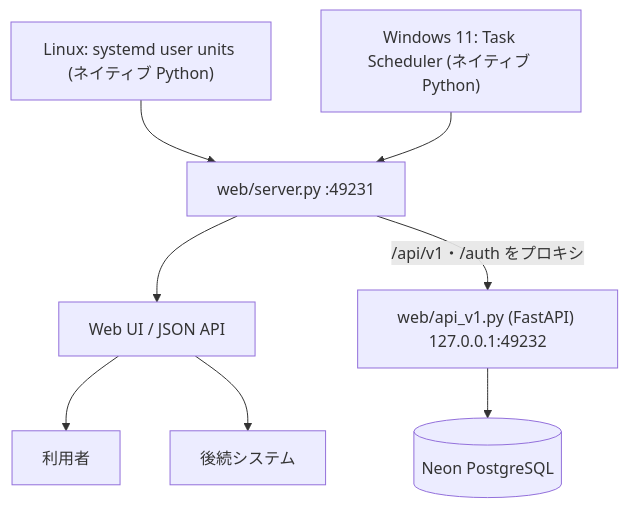
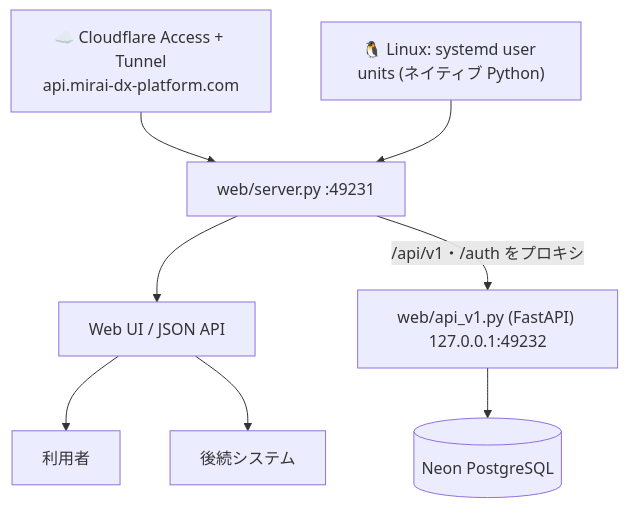
One commit to Kensan196948G/Global-Civil-API-Catalog changed the sixth of 7 diagrams in README.md. Above: the diagram before and after it, drawn with Mermaid. The commit also changed other lines of this file and 2 other files, not shown here.

First line of the commit message:
docs+deploy: 本番origin=Linux一本化の成文化 — Tunnel unitテンプレート + runbook全面書換え + Windows撤去記録 (#76)

````diff
--- a/README.md
+++ b/README.md
@@ -172,10 +136,10 @@
 ```mermaid
 flowchart TD
-  A["Linux: systemd user units (ネイティブ Python)"] --> C["web/server.py :49231"]
-  B["Windows 11: Task Scheduler (ネイティブ Python)"] --> C
+  T["☁️ Cloudflare Access + Tunnel<br/>api.mirai-dx-platform.com"] --> C
+  A["🐧 Linux: systemd user units (ネイティブ Python)"] --> C["web/server.py :49231"]
   C --> D["Web UI / JSON API"]
   C -->|"/api/v1・/auth をプロキシ"| E["web/api_v1.py (FastAPI) 127.0.0.1:49232"]
   E --> N[("Neon PostgreSQL")]
   D --> F["利用者"]
   D --> G["後続システム"]
 ```
````
